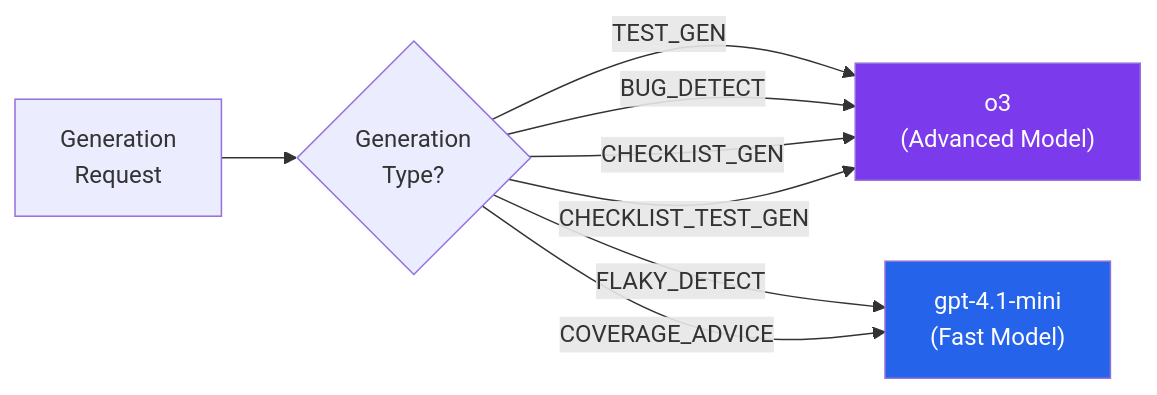
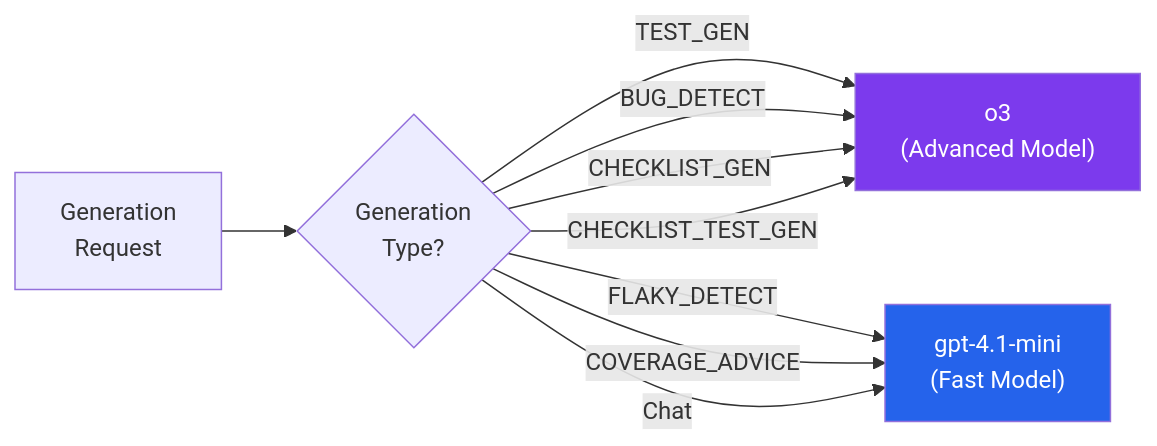
Before and after one commit to micode-ai/testing-ai-assistant: the ninth of 10 diagrams in docs/en/services/ai.md, drawn with Mermaid. The commit also changed other lines of this file and 43 other files, not shown here.

````diff
--- a/docs/en/services/ai.md
+++ b/docs/en/services/ai.md
@@ -225,13 +373,14 @@
 ```mermaid
 flowchart LR
     Request["Generation<br/>Request"] --> Router{"Generation<br/>Type?"}
     Router -- "TEST_GEN" --> Advanced["o3<br/>(Advanced Model)"]
     Router -- "BUG_DETECT" --> Advanced
     Router -- "FLAKY_DETECT" --> Fast["gpt-4.1-mini<br/>(Fast Model)"]
     Router -- "COVERAGE_ADVICE" --> Fast
     Router -- "CHECKLIST_GEN" --> Advanced
     Router -- "CHECKLIST_TEST_GEN" --> Advanced
+    Router -- "Chat" --> Fast
 
     style Advanced fill:#7c3aed,color:#fff
     style Fast fill:#2563eb,color:#fff
 ```
````
